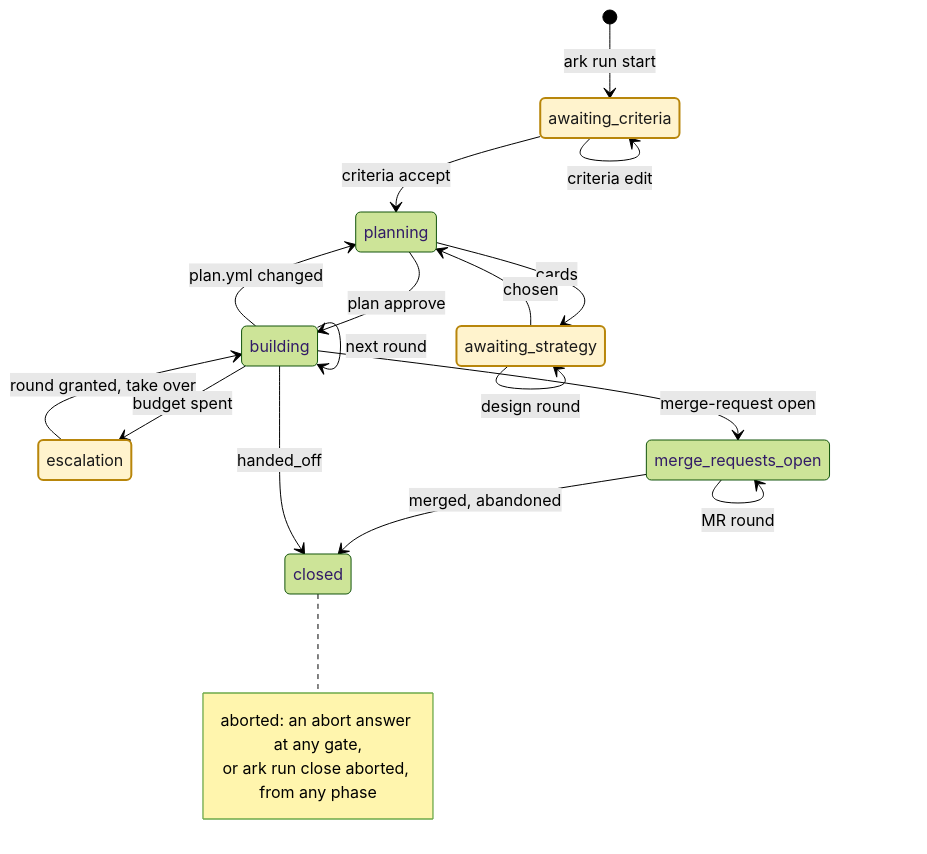
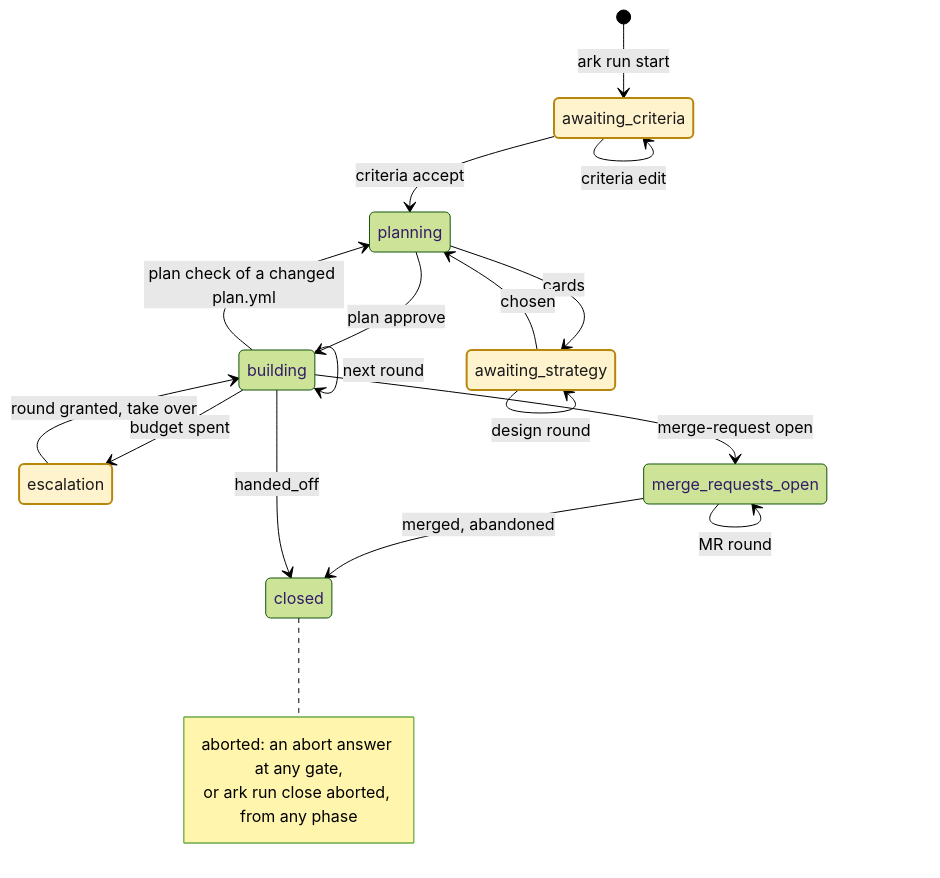
One commit to cobekarhoff/ark changed the second of 5 diagrams in docs/explanation/architecture.md. Above: the diagram before and after it, drawn with Mermaid (forest theme). The commit also changed other lines of this file and 4 other files, not shown here.

````diff
--- a/docs/explanation/architecture.md
+++ b/docs/explanation/architecture.md
@@ -106,24 +106,24 @@
 ```mermaid
 stateDiagram-v2
   [*] --> awaiting_criteria: ark run start
   awaiting_criteria --> awaiting_criteria: criteria edit
   awaiting_criteria --> planning: criteria accept
   planning --> awaiting_strategy: cards
   awaiting_strategy --> awaiting_strategy: design round
   awaiting_strategy --> planning: chosen
   planning --> building: plan approve
-  building --> planning: plan.yml changed
+  building --> planning: plan check of a changed plan.yml
   building --> building: next round
   building --> escalation: budget spent
   escalation --> building: round granted, take over
   building --> merge_requests_open: merge-request open
   merge_requests_open --> merge_requests_open: MR round
   merge_requests_open --> closed: merged, abandoned
   building --> closed: handed_off
   note right of closed
     aborted: an abort answer at any gate,
     or ark run close aborted, from any phase
   end note
   classDef waits fill:#fff3cd,stroke:#b8860b,stroke-width:2px,color:#1a1a1a
   class awaiting_criteria,awaiting_strategy,escalation waits
 ```
````
